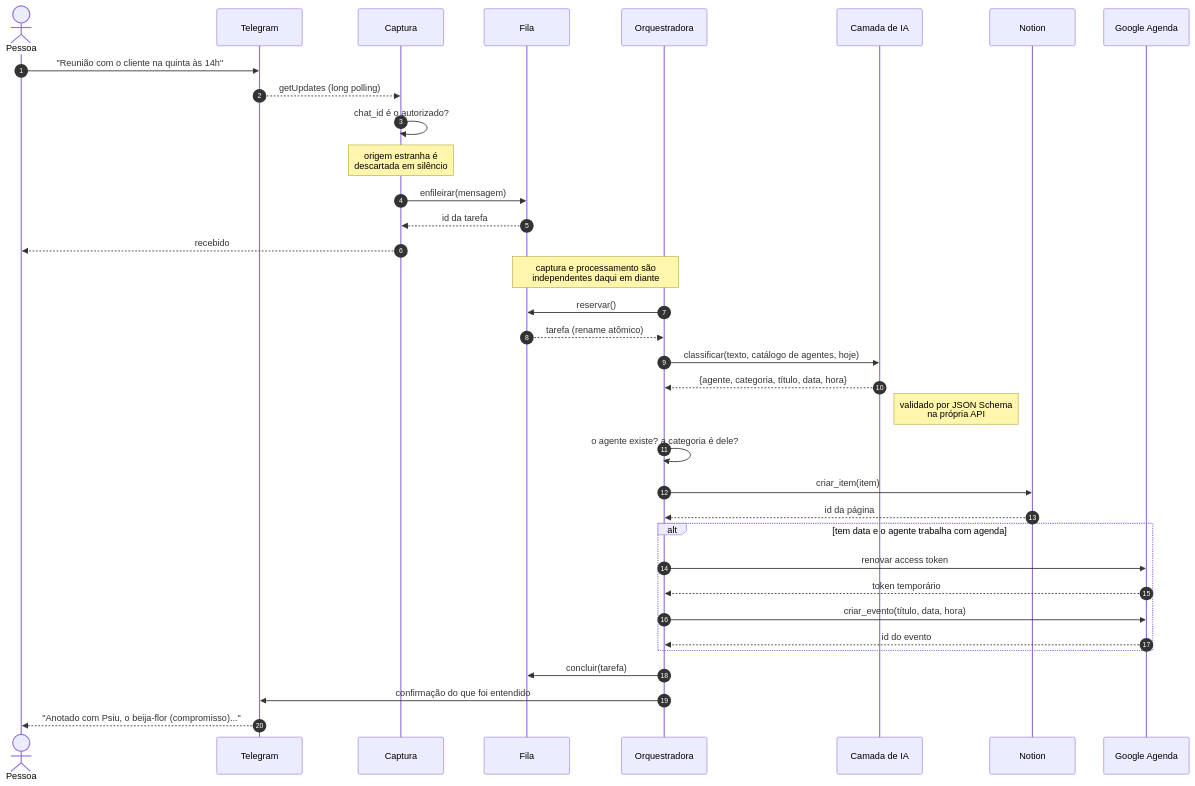
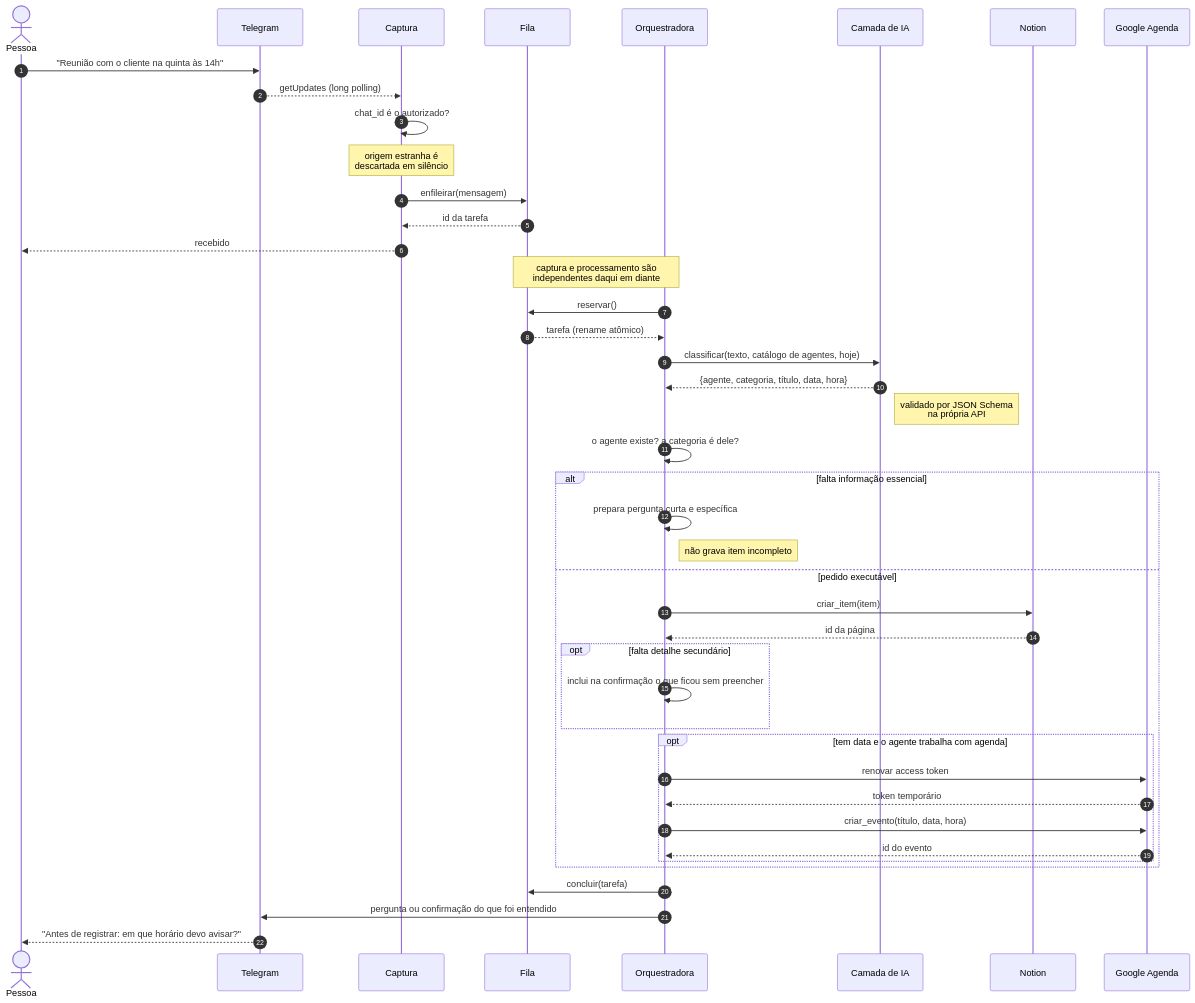
Before and after one commit to brunarezerdev/sabia-organizacao-pessoal: the second of 7 diagrams in docs/fluxo.md, drawn with Mermaid. The commit also changed other lines of this file and 21 other files, not shown here.

Commit message:
Pergunta por dados essenciais antes de registrar

````diff
--- a/docs/fluxo.md
+++ b/docs/fluxo.md
@@ -32,47 +32,54 @@
 ```mermaid
 sequenceDiagram
     autonumber
     actor P as Pessoa
     participant TG as Telegram
     participant C as Captura
     participant F as Fila
     participant O as Orquestradora
     participant IA as Camada de IA
     participant N as Notion
     participant G as Google Agenda
 
     P->>TG: "Reunião com o cliente na quinta às 14h"
     TG-->>C: getUpdates (long polling)
 
     C->>C: chat_id é o autorizado?
     Note over C: origem estranha é<br/>descartada em silêncio
 
     C->>F: enfileirar(mensagem)
     F-->>C: id da tarefa
     C-->>P: recebido
 
     Note over F,O: captura e processamento são<br/>independentes daqui em diante
 
     O->>F: reservar()
     F-->>O: tarefa (rename atômico)
 
     O->>IA: classificar(texto, catálogo de agentes, hoje)
     IA-->>O: {agente, categoria, título, data, hora}
     Note right of IA: validado por JSON Schema<br/>na própria API
 
     O->>O: o agente existe? a categoria é dele?
 
-    O->>N: criar_item(item)
-    N-->>O: id da página
-
-    alt tem data e o agente trabalha com agenda
-        O->>G: renovar access token
-        G-->>O: token temporário
-        O->>G: criar_evento(título, data, hora)
-        G-->>O: id do evento
+    alt falta informação essencial
+        O->>O: prepara pergunta curta e específica
+        Note right of O: não grava item incompleto
+    else pedido executável
+        O->>N: criar_item(item)
+        N-->>O: id da página
+        opt falta detalhe secundário
+            O->>O: inclui na confirmação o que ficou sem preencher
+        end
+        opt tem data e o agente trabalha com agenda
+            O->>G: renovar access token
+            G-->>O: token temporário
+            O->>G: criar_evento(título, data, hora)
+            G-->>O: id do evento
+        end
     end
 
     O->>F: concluir(tarefa)
-    O->>TG: confirmação do que foi entendido
-    TG-->>P: "Anotado com Psiu, o beija-flor (compromisso)..."
+    O->>TG: pergunta ou confirmação do que foi entendido
+    TG-->>P: "Antes de registrar: em que horário devo avisar?"
 ```
````
